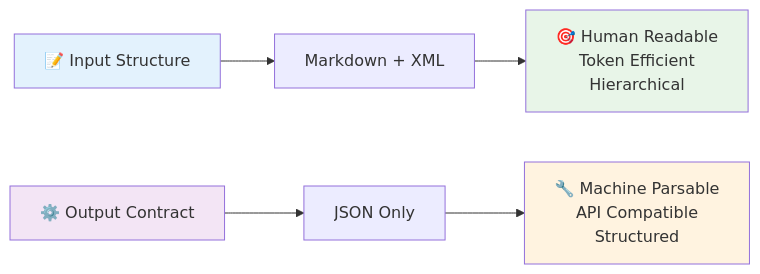
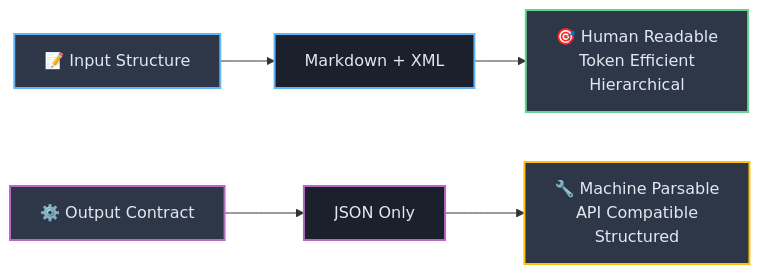
One commit to josemlopez/prompt_tutorial changed the fifth of 5 diagrams in Part_I_Section_2_Structuring_Prompts_A_Comparative_Analysis_of_Delimiters.md. Above: the diagram before and after it, drawn with Mermaid. The commit also changed other lines of this file and 7 other files, not shown here.

````diff
--- a/Part_I_Section_2_Structuring_Prompts_A_Comparative_Analysis_of_Delimiters.md
+++ b/Part_I_Section_2_Structuring_Prompts_A_Comparative_Analysis_of_Delimiters.md
@@ -234,13 +245,15 @@
 ```mermaid
 graph LR
-    A[📝 Input Structure] --> B[Markdown + XML]
-    C[⚙️ Output Contract] --> D[JSON Only]
-    
-    B --> E[🎯 Human Readable<br/>Token Efficient<br/>Hierarchical]
-    D --> F[🔧 Machine Parsable<br/>API Compatible<br/>Structured]
-    
-    style A fill:#e3f2fd
-    style C fill:#f3e5f5
-    style E fill:#e8f5e8
-    style F fill:#fff3e0
+   A[📝 Input Structure] --> B[Markdown + XML]
+   C[⚙️ Output Contract] --> D[JSON Only]
+   
+   B --> E[🎯 Human Readable<br/>Token Efficient<br/>Hierarchical]
+   D --> F[🔧 Machine Parsable<br/>API Compatible<br/>Structured]
+   
+   style A fill:#2d3748,stroke:#64b5f6,stroke-width:2px,color:#e2e8f0
+   style C fill:#2d3748,stroke:#ba68c8,stroke-width:2px,color:#e2e8f0
+   style B fill:#1a202c,stroke:#64b5f6,stroke-width:2px,color:#e2e8f0
+   style D fill:#1a202c,stroke:#ba68c8,stroke-width:2px,color:#e2e8f0
+   style E fill:#2d3748,stroke:#68d391,stroke-width:2px,color:#e2e8f0
+   style F fill:#2d3748,stroke:#ffc107,stroke-width:2px,color:#e2e8f0
 ```
````
